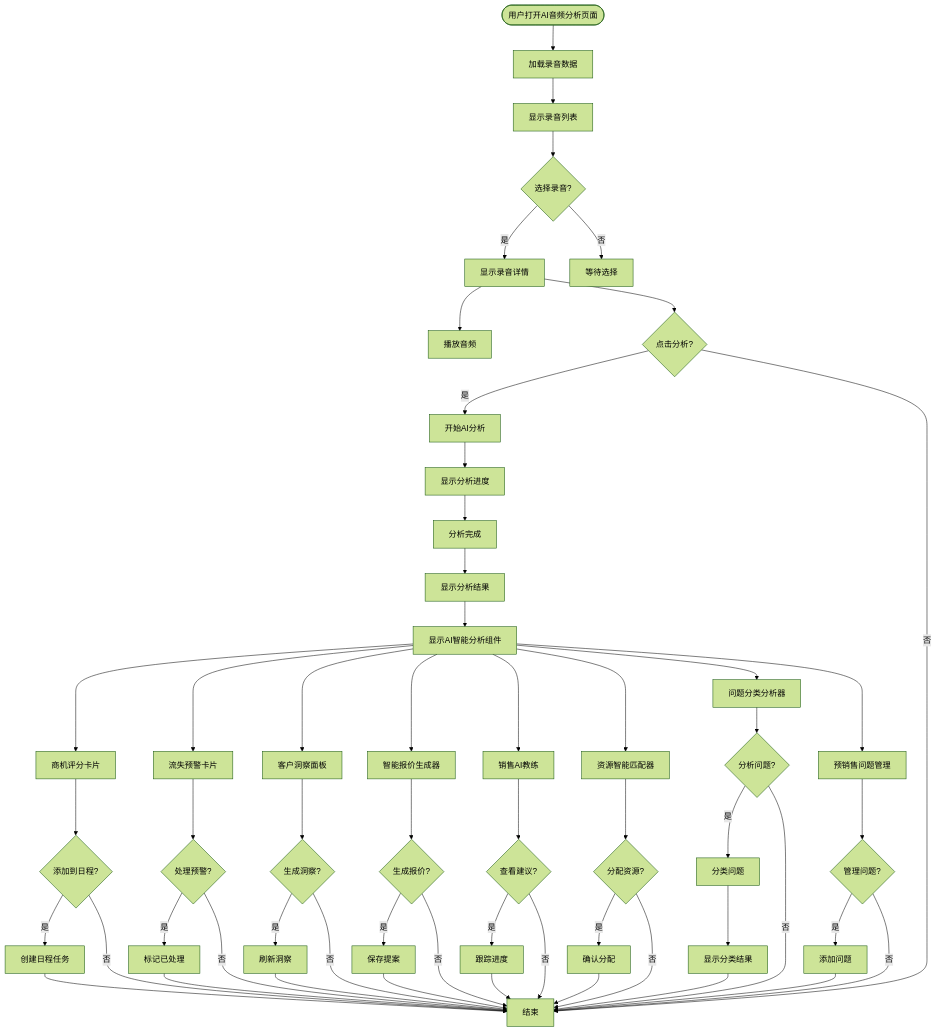
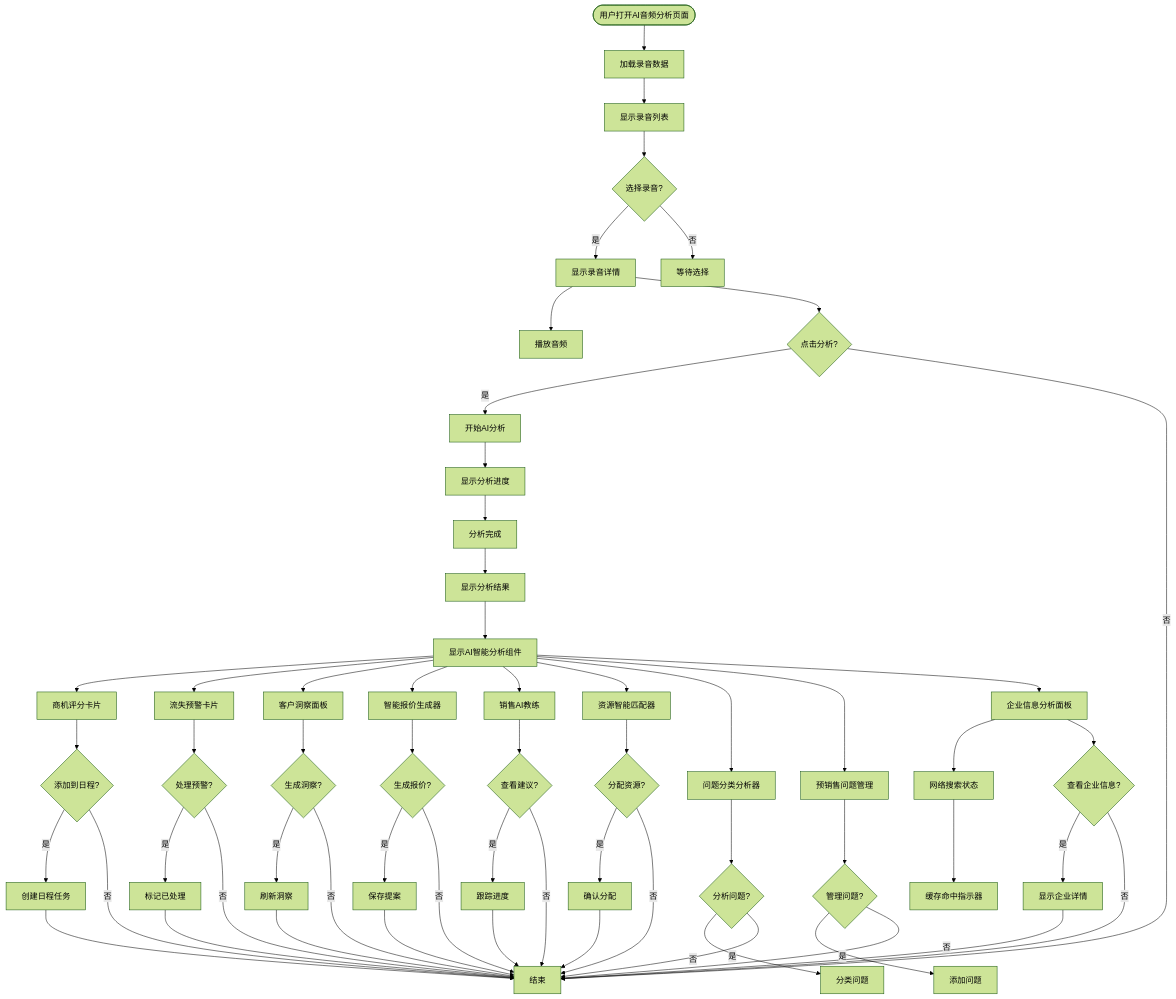
Diagram 18 of 19 in .qoder/repowiki/zh/content/Ai Audio Analysis.md (xianjianshenqu/SalesFlow-CRM), drawn with Mermaid (forest theme) before and after one commit. The commit also changed other lines of this file and 7 other files, not shown here.

````diff
--- a/.qoder/repowiki/zh/content/Ai Audio Analysis.md
+++ b/.qoder/repowiki/zh/content/Ai Audio Analysis.md
@@ -863,58 +1174,62 @@
 ```mermaid
 flowchart TD
 Start([用户打开AI音频分析页面]) --> LoadData[加载录音数据]
 LoadData --> ShowList[显示录音列表]
 ShowList --> SelectRecording{选择录音?}
 SelectRecording --> |是| ShowDetails[显示录音详情]
 SelectRecording --> |否| Wait[等待选择]
 ShowDetails --> PlayAudio[播放音频]
 ShowDetails --> AnalyzeButton{点击分析?}
 AnalyzeButton --> |是| StartAnalysis[开始AI分析]
 AnalyzeButton --> |否| End[结束]
 StartAnalysis --> ShowProgress[显示分析进度]
 ShowProgress --> AnalysisComplete[分析完成]
 AnalysisComplete --> ShowResults[显示分析结果]
 ShowResults --> ShowAIComponents[显示AI智能分析组件]
 ShowAIComponents --> OpportunityScore[商机评分卡片]
 ShowAIComponents --> ChurnAlert[流失预警卡片]
 ShowAIComponents --> CustomerInsight[客户洞察面板]
 ShowAIComponents --> SmartQuotation[智能报价生成器]
 ShowAIComponents --> SalesCoach[销售AI教练]
 ShowAIComponents --> ResourceMatching[资源智能匹配器]
 ShowAIComponents --> QuestionClassification[问题分类分析器]
 ShowAIComponents --> PresalesQuestions[预销售问题管理]
+ShowAIComponents --> CompanyAnalysis[企业信息分析面板]
+CompanyAnalysis --> NetworkSearch[网络搜索状态]
+NetworkSearch --> CacheIndicator[缓存命中指示器]
 OpportunityScore --> AddToSchedule{添加到日程?}
 ChurnAlert --> HandleAlert{处理预警?}
 CustomerInsight --> GenerateInsight{生成洞察?}
 SmartQuotation --> GenerateProposal{生成报价?}
 SalesCoach --> ViewSuggestions{查看建议?}
 ResourceMatching --> AssignResource{分配资源?}
 QuestionClassification --> AnalyzeQuestion{分析问题?}
 PresalesQuestions --> ManageQuestions{管理问题?}
+CompanyAnalysis --> ViewCompanyInfo{查看企业信息?}
 AddToSchedule --> |是| CreateTask[创建日程任务]
 AddToSchedule --> |否| End
 HandleAlert --> |是| MarkHandled[标记已处理]
 HandleAlert --> |否| End
 GenerateInsight --> |是| RefreshInsight[刷新洞察]
 GenerateInsight --> |否| End
 GenerateProposal --> |是| SaveProposal[保存提案]
 GenerateProposal --> |否| End
 ViewSuggestions --> |是| TrackProgress[跟踪进度]
 ViewSuggestions --> |否| End
 AssignResource --> |是| ConfirmAssignment[确认分配]
 AssignResource --> |否| End
 AnalyzeQuestion --> |是| ClassifyQuestion[分类问题]
 AnalyzeQuestion --> |否| End
 ManageQuestions --> |是| AddQuestion[添加问题]
 ManageQuestions --> |否| End
-ClassifyQuestion --> ShowClassification[显示分类结果]
-ShowClassification --> End
-AddQuestion --> End
+ViewCompanyInfo --> |是| ShowCompanyDetails[显示企业详情]
+ViewCompanyInfo --> |否| End
+ShowCompanyDetails --> End
 CreateTask --> End
 MarkHandled --> End
 RefreshInsight --> End
 SaveProposal --> End
 TrackProgress --> End
 ConfirmAssignment --> End
 End
 ```
````
